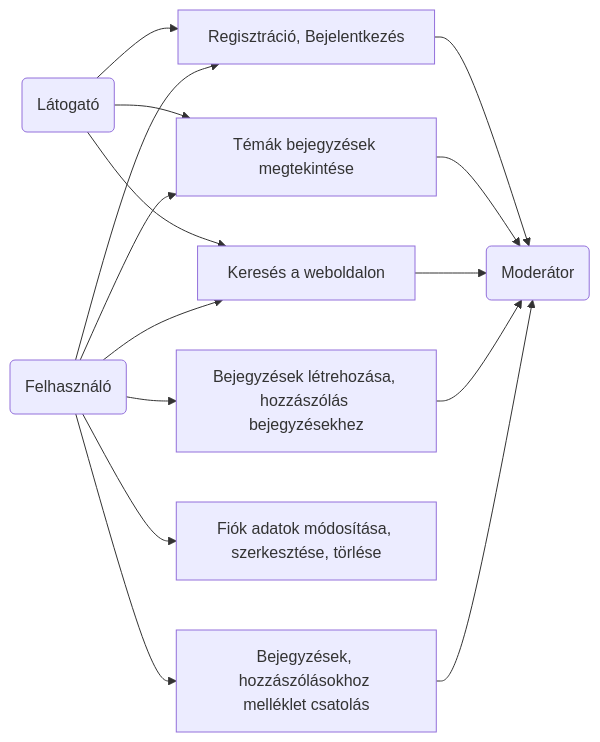
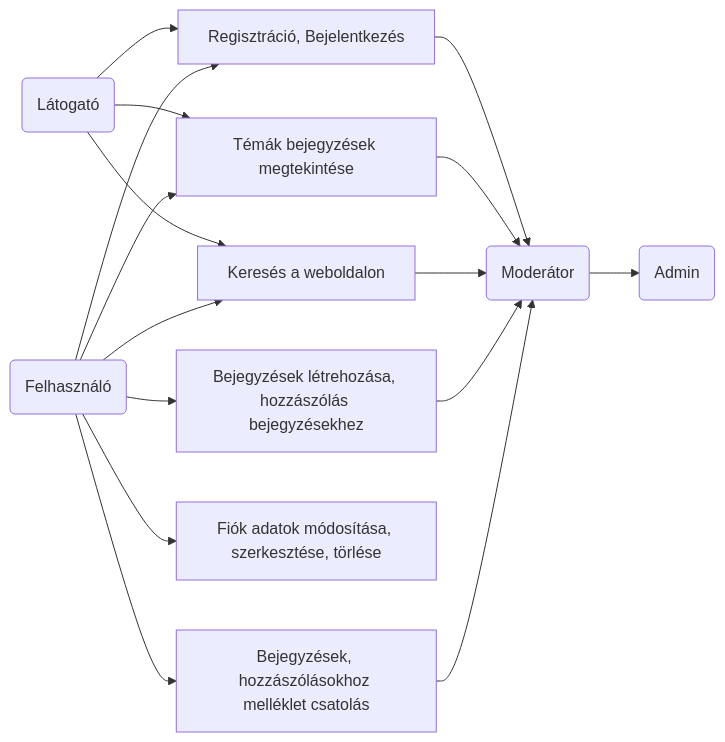
One commit to Moss4t/KRK_nagyproject changed the diagram in Documents/Use-Case.md. Above: the diagram before and after it, drawn with Mermaid.

Commit message:
Use-Case moderátor,admin rész hozzáadása

````diff
--- a/Documents/Use-Case.md
+++ b/Documents/Use-Case.md
@@ -3,20 +3,21 @@
 ```mermaid
 graph LR
 
 L(Látogató) --> RB[Regisztráció, Bejelentkezés]
 L --> TM[Témák bejegyzések megtekintése]
 L --> K[Keresés a weboldalon]
 RB --> M(Moderátor)
 TM --> M(Moderátor)
 K --> M(Moderátor)
 
 D(Felhasználó) --> RB
 D --> K
 D --> TM
 D --> BL[Bejegyzések létrehozása, hozzászólás bejegyzésekhez]
 D --> FK[Fiók adatok módosítása, szerkesztése, törlése]
 D --> BA[Bejegyzések, hozzászólásokhoz melléklet csatolás]
 BL --> M
 BA --> M
 
+M --> Ad(Admin)
 ```
````
